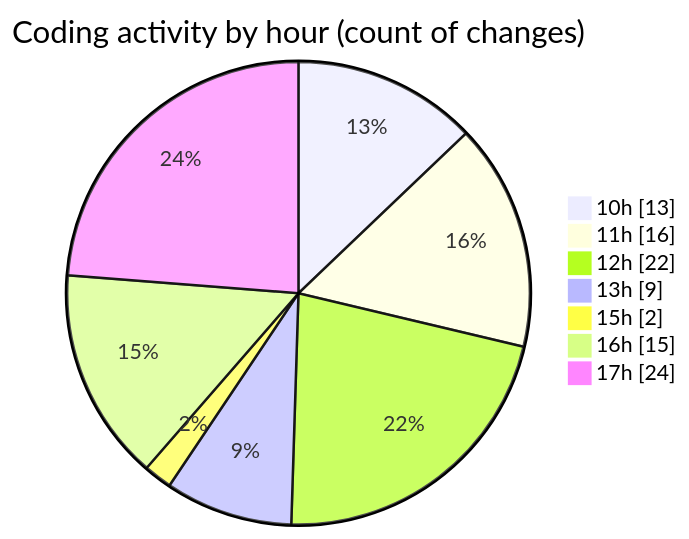
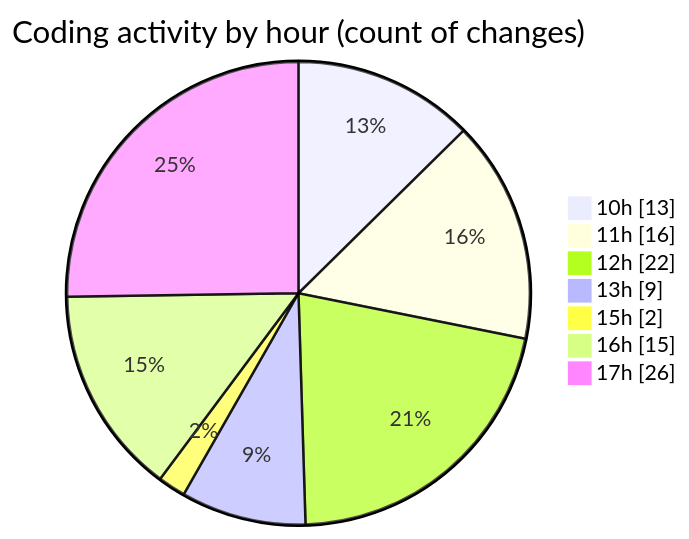
Before and after one commit to momahboobian/code-tracking: the second of 2 diagrams in 2025-05-27/cda/README.md, drawn with Mermaid. The commit also changed other lines of this file and 1 other file, not shown here.

````diff
--- a/2025-05-27/cda/README.md
+++ b/2025-05-27/cda/README.md
@@ -42,11 +43,11 @@
 ```mermaid
 pie showData
 title Coding activity by hour (count of changes)
 "10h" : 13
 "11h" : 16
 "12h" : 22
 "13h" : 9
 "15h" : 2
 "16h" : 15
-"17h" : 24
+"17h" : 26
 ```
````
